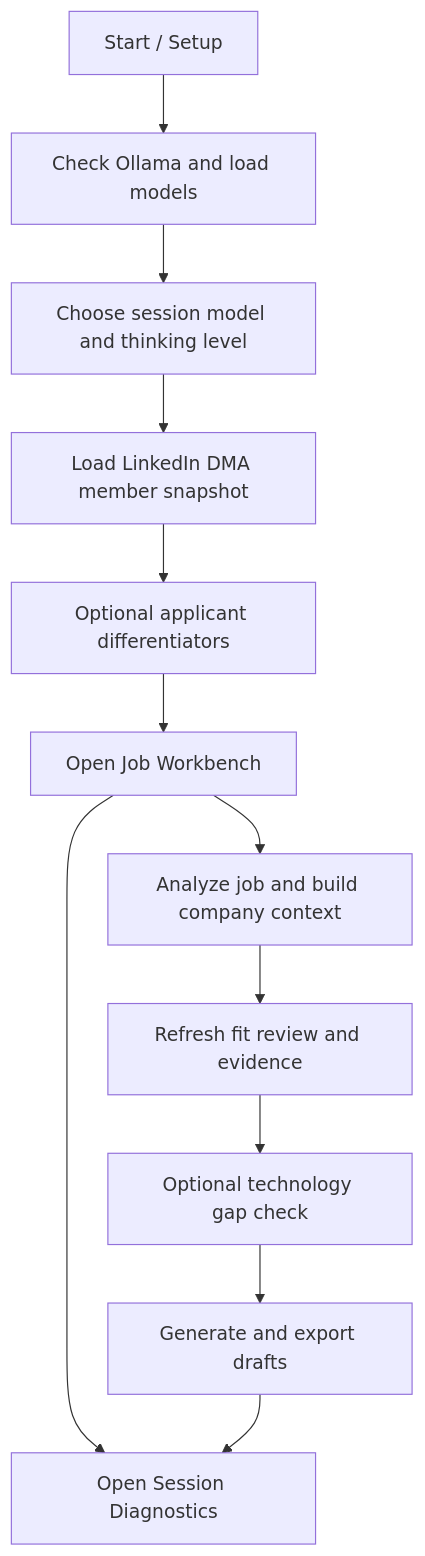
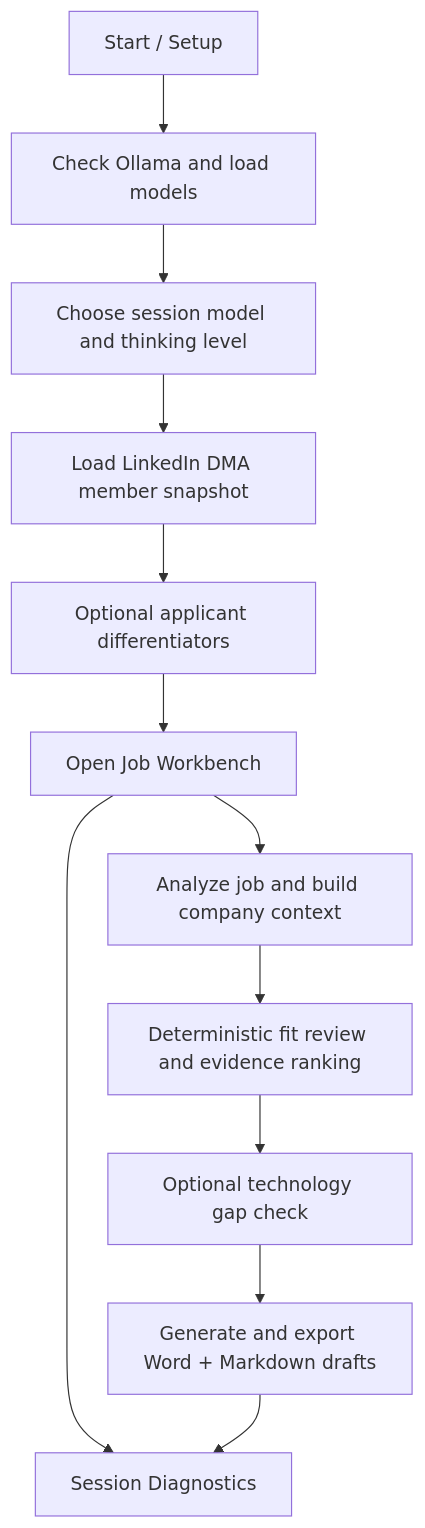
The diagram in README.md (hennie42/li-jobber), drawn with Mermaid before and after one commit. The commit also changed other lines of this file and 11 other files, not shown here.

````diff
--- a/README.md
+++ b/README.md
@@ -51,14 +41,14 @@
 ```mermaid
 graph TD
-	A[Start / Setup] --> B[Check Ollama and load models]
-	B --> C[Choose session model and thinking level]
-	C --> D[Load LinkedIn DMA member snapshot]
-	D --> E[Optional applicant differentiators]
-	E --> F[Open Job Workbench]
-	F --> G[Analyze job and build company context]
-	G --> H[Refresh fit review and evidence]
-	H --> I[Optional technology gap check]
-	I --> J[Generate and export drafts]
-	F --> K[Open Session Diagnostics]
-	J --> K
+    A[Start / Setup] --> B[Check Ollama and load models]
+    B --> C[Choose session model and thinking level]
+    C --> D[Load LinkedIn DMA member snapshot]
+    D --> E[Optional applicant differentiators]
+    E --> F[Open Job Workbench]
+    F --> G[Analyze job and build company context]
+    G --> H[Deterministic fit review and evidence ranking]
+    H --> I[Optional technology gap check]
+    I --> J[Generate and export Word + Markdown drafts]
+    F --> K[Session Diagnostics]
+    J --> K
 ```
````
